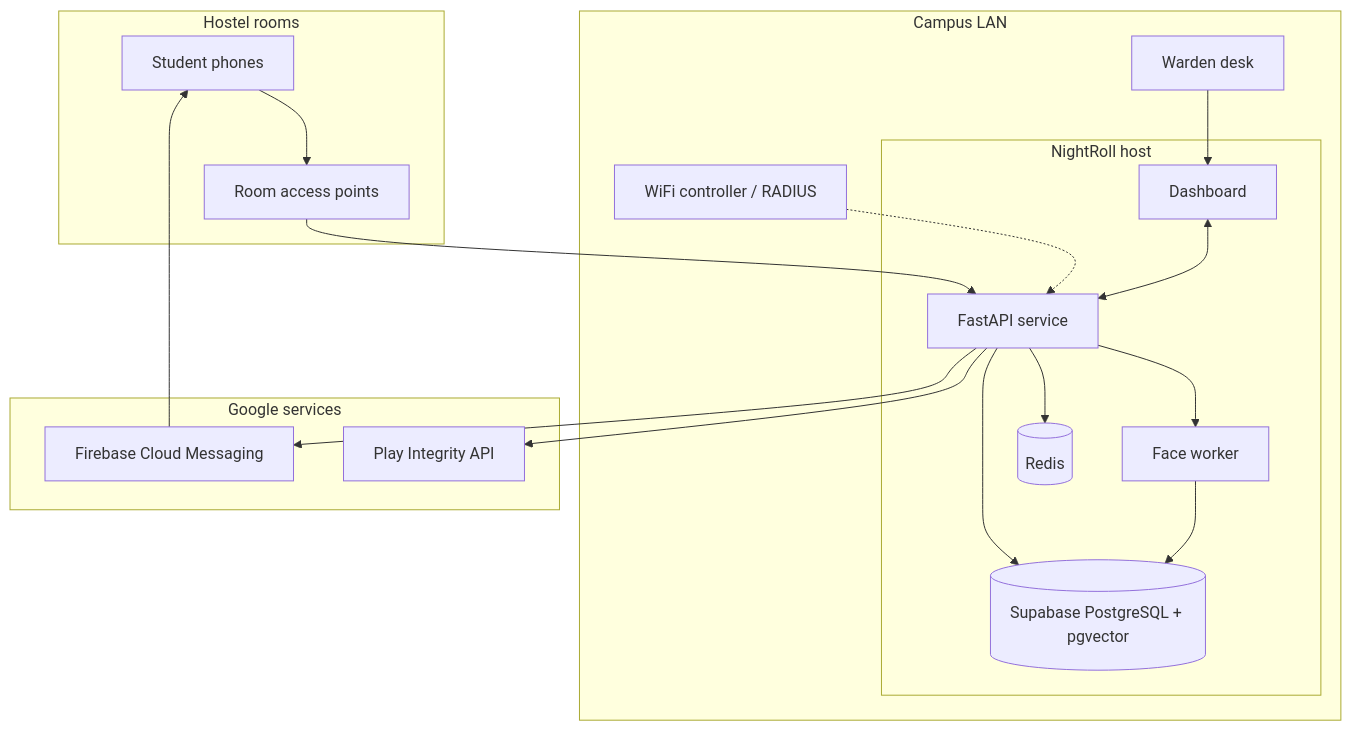
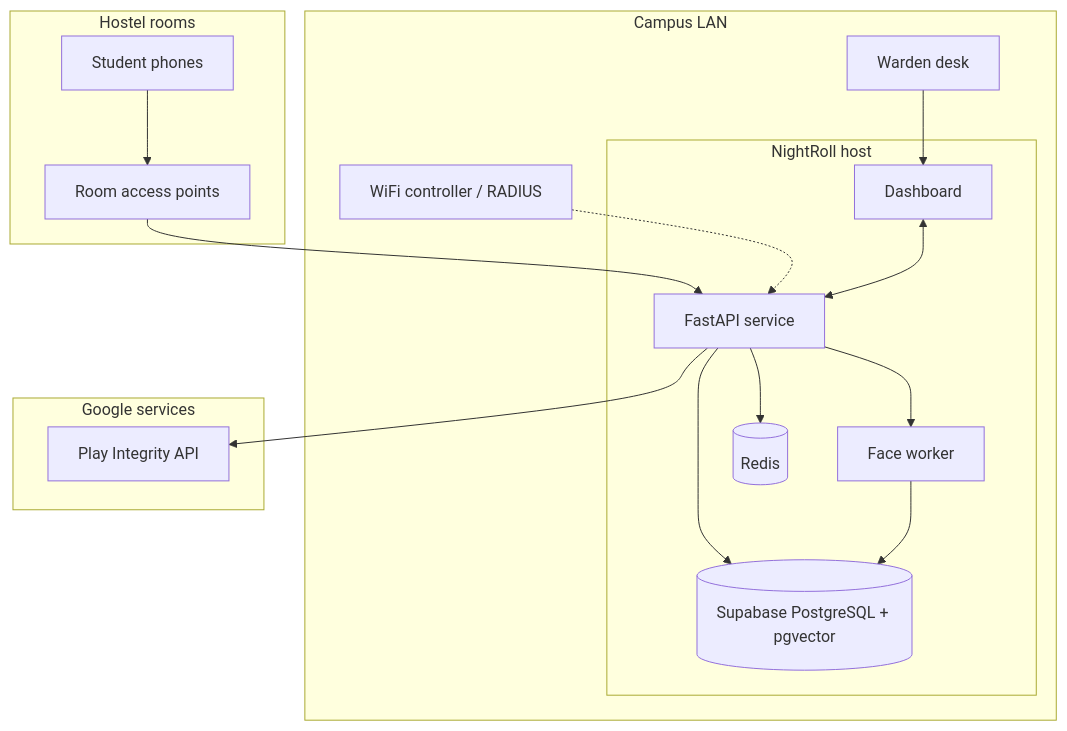
Before and after one commit to Rahul-8283/NightRoll: diagram 13 of 14 in README.md, drawn with Mermaid. The commit also changed other lines of this file and 14 other files, not shown here.

````diff
--- a/README.md
+++ b/README.md
@@ -534,37 +529,34 @@
 ```mermaid
 flowchart TB
     subgraph Rooms["Hostel rooms"]
         PH["Student phones"]
         AP["Room access points"]
         PH --> AP
     end
 
     subgraph LAN["Campus LAN"]
         CTRL["WiFi controller / RADIUS"]
         subgraph Host["NightRoll host"]
             API["FastAPI service"]
             WK["Face worker"]
             RDS[("Redis")]
             PGS[("Supabase PostgreSQL + pgvector")]
             WEB["Dashboard"]
             API --> RDS
             API --> PGS
             API --> WK
             WK --> PGS
         end
         WD["Warden desk"]
     end
 
     subgraph Cloud["Google services"]
-        FCMS["Firebase Cloud Messaging"]
         PIS["Play Integrity API"]
     end
 
     AP --> API
     CTRL -.-> API
     WD --> WEB
     WEB <--> API
-    API --> FCMS
-    FCMS --> PH
     API --> PIS
 ```
````
